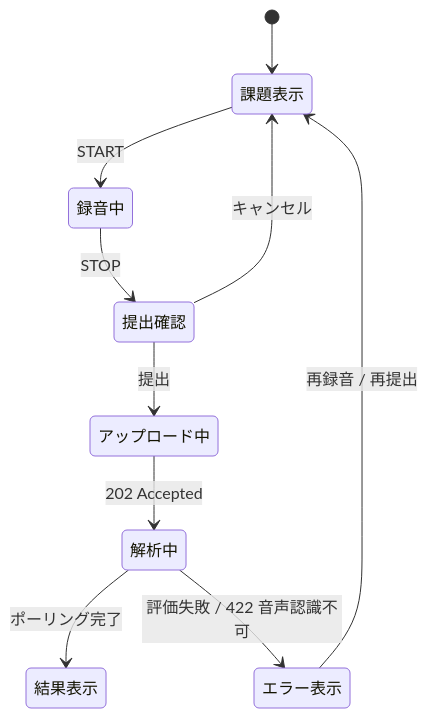
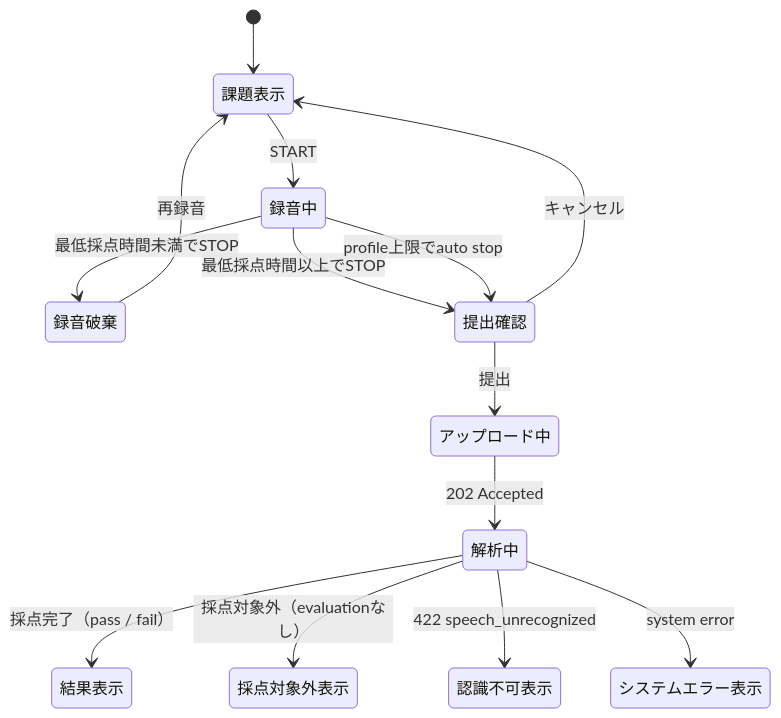
One commit to kurukobaweb/nihongo changed the second of 2 diagrams in docs/DESIGN.md. Above: the diagram before and after it, drawn with Mermaid. The commit also changed other lines of this file and 7 other files, not shown here.

````diff
--- a/docs/DESIGN.md
+++ b/docs/DESIGN.md
@@ -218,12 +220,16 @@
 ```mermaid
 stateDiagram-v2
     [*] --> 課題表示
     課題表示 --> 録音中: START
-    録音中 --> 提出確認: STOP
+    録音中 --> 録音破棄: 最低採点時間未満でSTOP
+    録音破棄 --> 課題表示: 再録音
+    録音中 --> 提出確認: 最低採点時間以上でSTOP
+    録音中 --> 提出確認: profile上限でauto stop
     提出確認 --> アップロード中: 提出
     提出確認 --> 課題表示: キャンセル
     アップロード中 --> 解析中: 202 Accepted
-    解析中 --> 結果表示: ポーリング完了
-    解析中 --> エラー表示: 評価失敗 / 422 音声認識不可
-    エラー表示 --> 課題表示: 再録音 / 再提出
+    解析中 --> 結果表示: 採点完了（pass / fail）
+    解析中 --> 採点対象外表示: 採点対象外（evaluationなし）
+    解析中 --> 認識不可表示: 422 speech_unrecognized
+    解析中 --> システムエラー表示: system error
 ```
````
